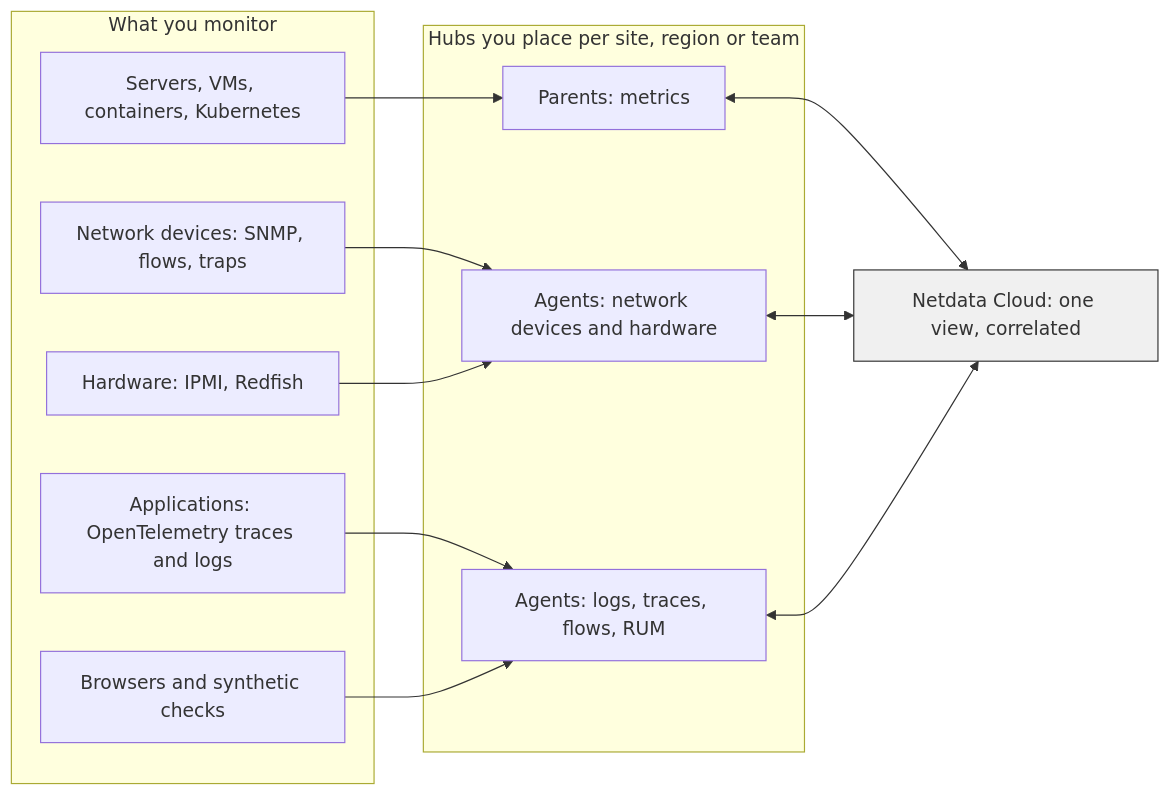
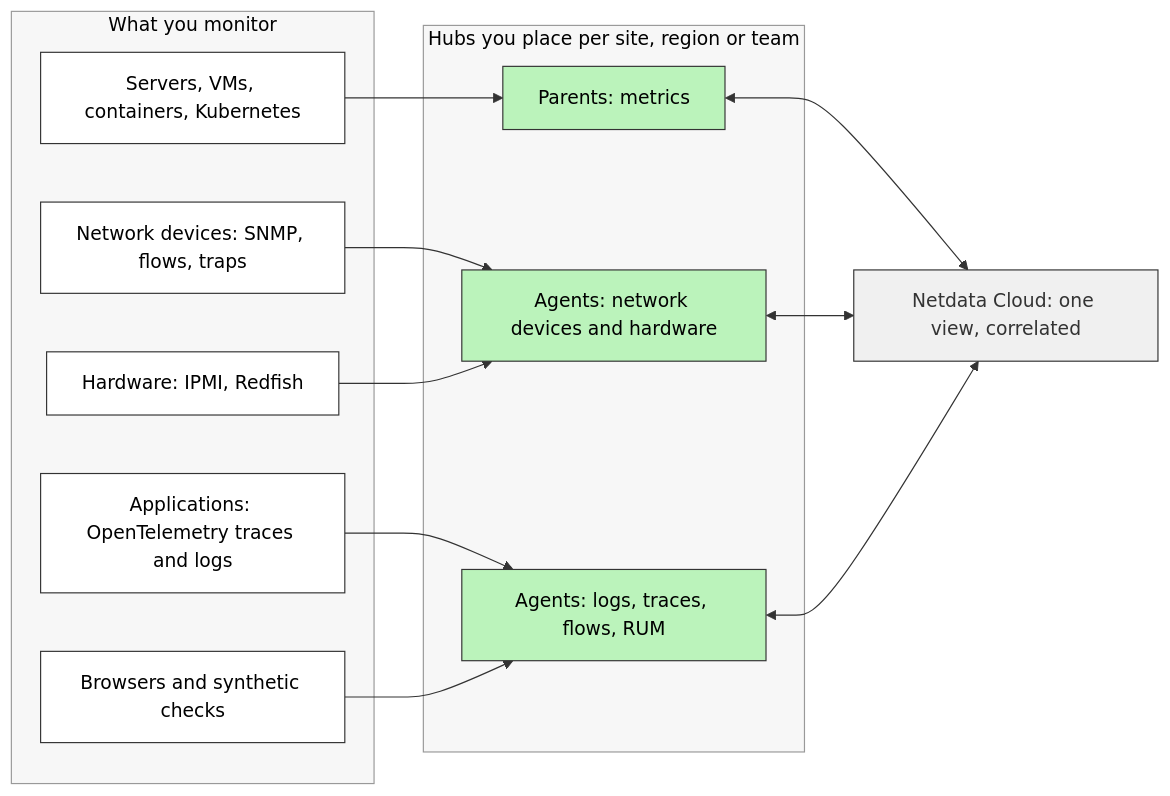
One commit to netdata/netdata changed the first of 2 diagrams in README.md. Above: the diagram before and after it, drawn with Mermaid.

Commit message:
README: style the hubs diagram to match the Agent diagram
Claude-Session: https://claude.ai/code/session_01VME5PfduhZYAxumF6EUDCo

````diff
--- a/README.md
+++ b/README.md
@@ -225,26 +225,32 @@
 ```mermaid
 flowchart LR
   subgraph Sources[What you monitor]
     S1[Servers, VMs, containers, Kubernetes]
     S2[Network devices: SNMP, flows, traps]
     S3[Hardware: IPMI, Redfish]
     S4[Applications: OpenTelemetry traces and logs]
     S5[Browsers and synthetic checks]
   end
   subgraph Hubs[Hubs you place per site, region or team]
     H1[Parents: metrics]
     H2[Agents: network devices and hardware]
     H3[Agents: logs, traces, flows, RUM]
   end
   C[Netdata Cloud: one view, correlated]:::mainNode
   S1 --> H1
   S2 --> H2
   S3 --> H2
   S4 --> H3
   S5 --> H3
   H1 <--> C
   H2 <--> C
   H3 <--> C
 
+  class S1,S2,S3,S4,S5 source
+  class H1,H2,H3 green
+  classDef source fill:#ffffff,stroke:#333,stroke-width:1px,color:#000
+  classDef green fill:#bbf3bb,stroke:#333,stroke-width:1px,color:#000
   classDef mainNode fill:#f0f0f0,stroke:#333,stroke-width:1px,color:#333
+  style Sources fill:#f7f7f7,stroke:#999,color:#000
+  style Hubs fill:#f7f7f7,stroke:#999,color:#000
 ```
````
